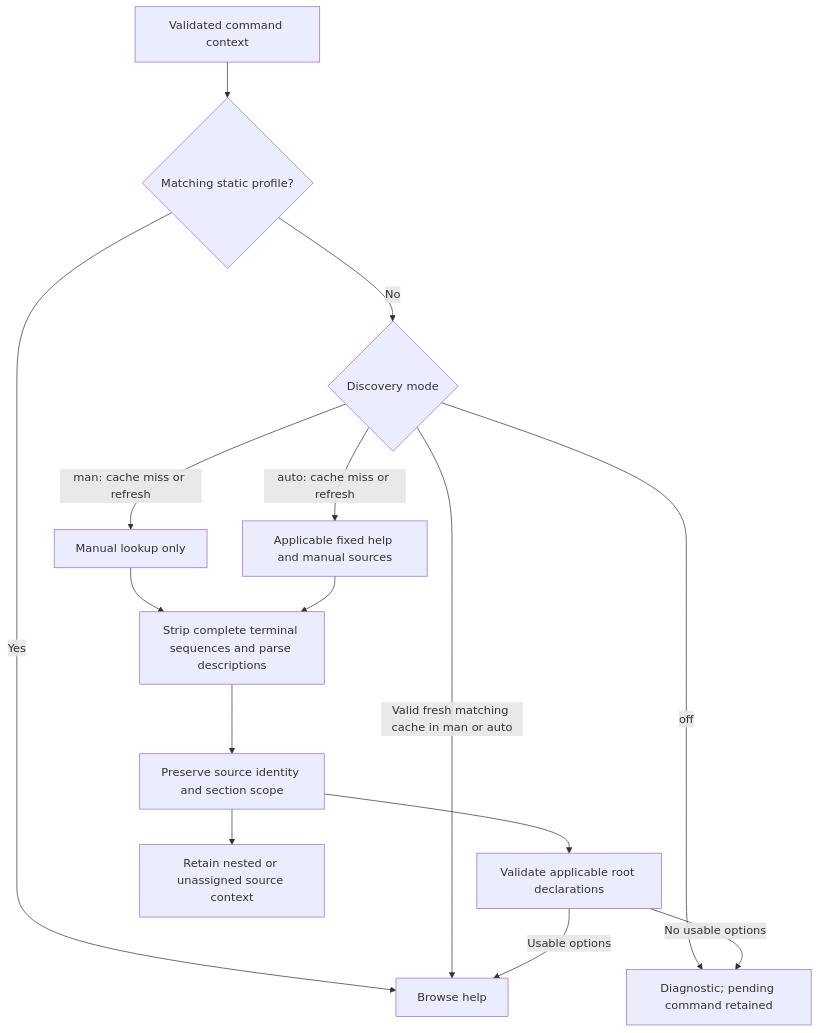
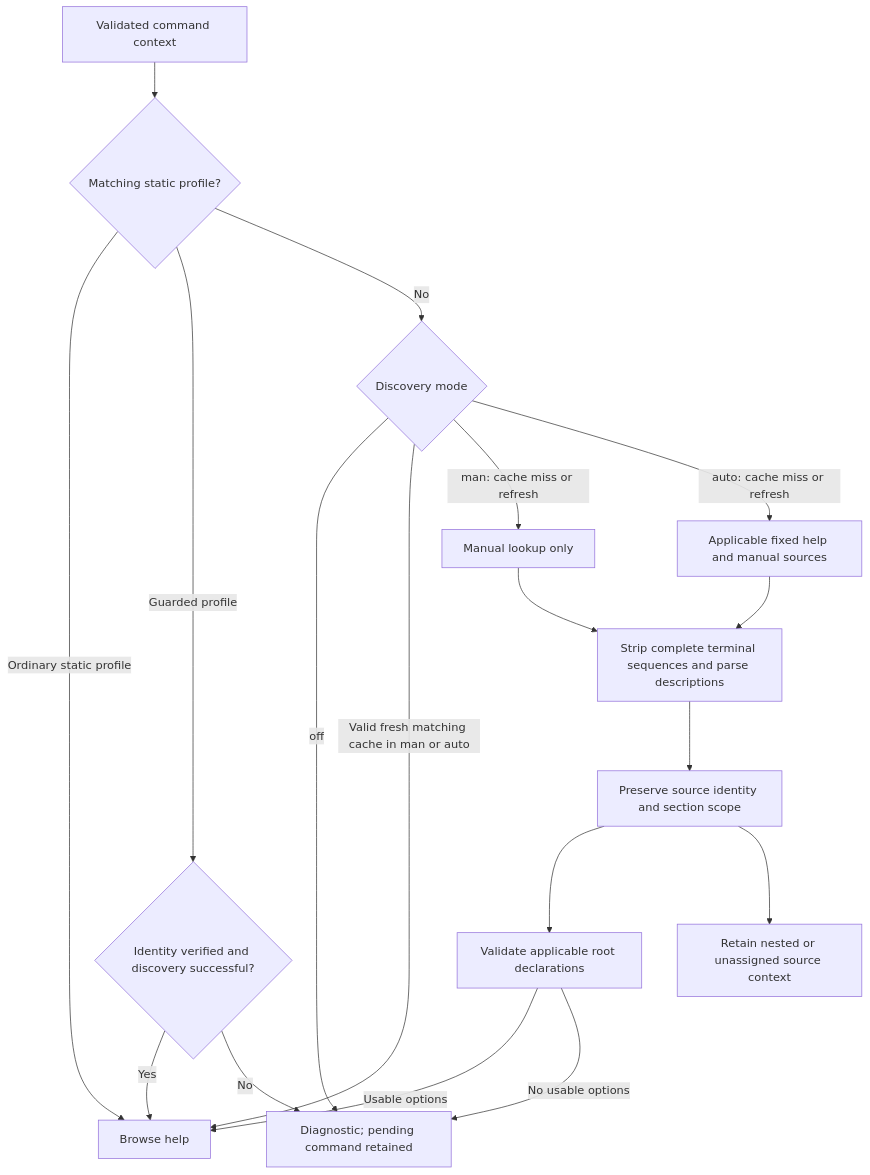
One commit to Usrnmna/CLI-InteractiveHelpMenu changed the diagram in docs/discovery-and-safety.md. Above: the diagram before and after it, drawn with Mermaid. The commit also changed other lines of this file and 22 other files, not shown here.

Commit message:
Document release 0.3.0 and remaining roadmap work

````diff
--- a/docs/discovery-and-safety.md
+++ b/docs/discovery-and-safety.md
@@ -9,17 +9,20 @@
 ```mermaid
 flowchart TD
     C[Validated command context] --> P{Matching static profile?}
-    P -->|Yes| B[Browse help]
+    P -->|Ordinary static profile| B[Browse help]
+    P -->|Guarded profile| G{Identity verified and discovery successful?}
+    G -->|Yes| B
+    G -->|No| E
     P -->|No| M{Discovery mode}
     M -->|off| E[Diagnostic; pending command retained]
     M -->|Valid fresh matching cache in man or auto| B
     M -->|man: cache miss or refresh| A[Manual lookup only]
     M -->|auto: cache miss or refresh| H[Applicable fixed help and manual sources]
     A --> T[Strip complete terminal sequences and parse descriptions]
     H --> T
     T --> S[Preserve source identity and section scope]
     S --> V[Validate applicable root declarations]
     S --> N[Retain nested or unassigned source context]
     V -->|Usable options| B
     V -->|No usable options| E
 ```
````
